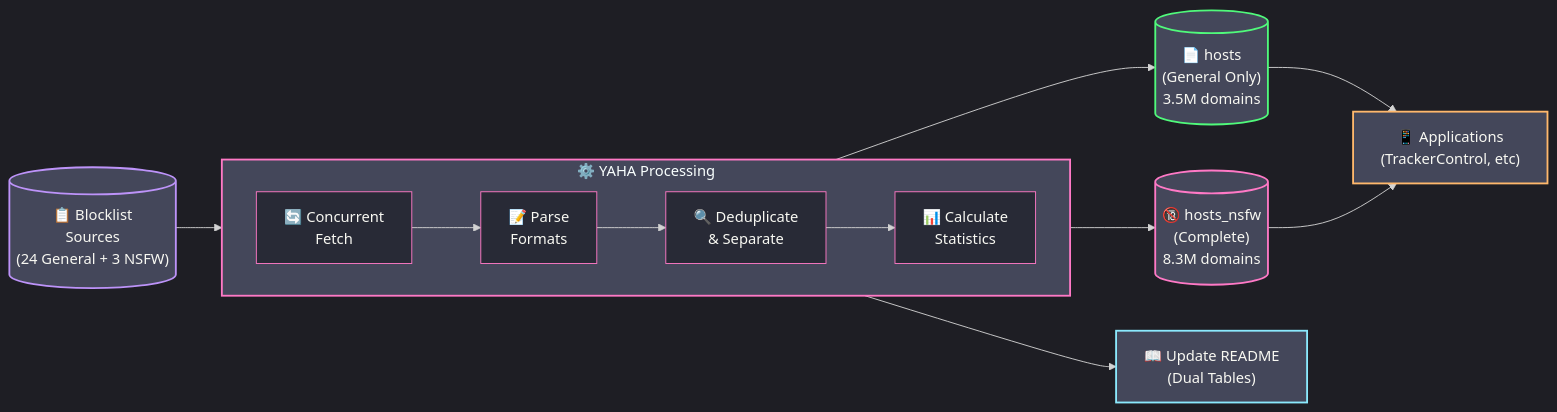
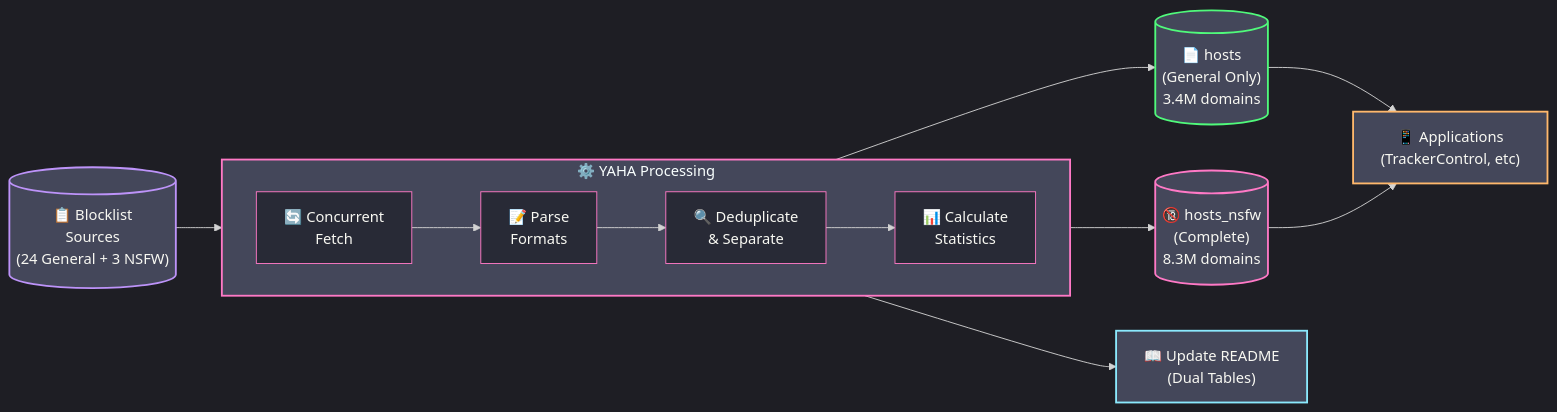
The diagram in README.md (scottdraper8/yaha), drawn with Mermaid before and after one commit. The commit also changed other lines of this file, not shown here.

Commit message:
Update blocklist stats: 3441704 general / 8269678 with NSFW [automated]

````diff
--- a/README.md
+++ b/README.md
@@ -42,35 +42,35 @@
 ```mermaid
 %%{init: {'theme': 'dark', 'themeVariables': {
     'primaryColor': '#ff79c6',
     'secondaryColor': '#bd93f9',
     'tertiaryColor': '#44475a',
     'mainBkg': '#282a36',
     'nodeBorder': '#ff79c6',
     'clusterBkg': '#44475a',
     'clusterBorder': '#bd93f9',
     'textColor': '#f8f8f2'
 }}}%%
 flowchart LR
     Sources[("📋 Blocklist<br/>Sources<br/>(24 General + 3 NSFW)")] --> Fetch
 
     subgraph Process["⚙️ YAHA Processing"]
         direction LR
         Fetch["🔄 Concurrent<br/>Fetch"] --> Parse["📝 Parse<br/>Formats"]
         Parse --> Dedupe["🔍 Deduplicate<br/>& Separate"]
         Dedupe --> Stats["📊 Calculate<br/>Statistics"]
     end
 
-    Stats --> Output1[("📄 hosts<br/>(General Only)<br/>3.5M domains")]
+    Stats --> Output1[("📄 hosts<br/>(General Only)<br/>3.4M domains")]
     Stats --> Output2[("🔞 hosts_nsfw<br/>(Complete)<br/>8.3M domains")]
     Stats --> README["📖 Update README<br/>(Dual Tables)"]
 
     Output1 --> Apps["📱 Applications<br/>(TrackerControl, etc)"]
     Output2 --> Apps
 
     style Sources fill:#44475a,stroke:#bd93f9,stroke-width:2px
     style Process fill:#44475a,stroke:#ff79c6,stroke-width:2px
     style Output1 fill:#44475a,stroke:#50fa7b,stroke-width:2px
     style Output2 fill:#44475a,stroke:#ff79c6,stroke-width:2px
     style README fill:#44475a,stroke:#8be9fd,stroke-width:2px
     style Apps fill:#44475a,stroke:#ffb86c,stroke-width:2px
 ```
````
